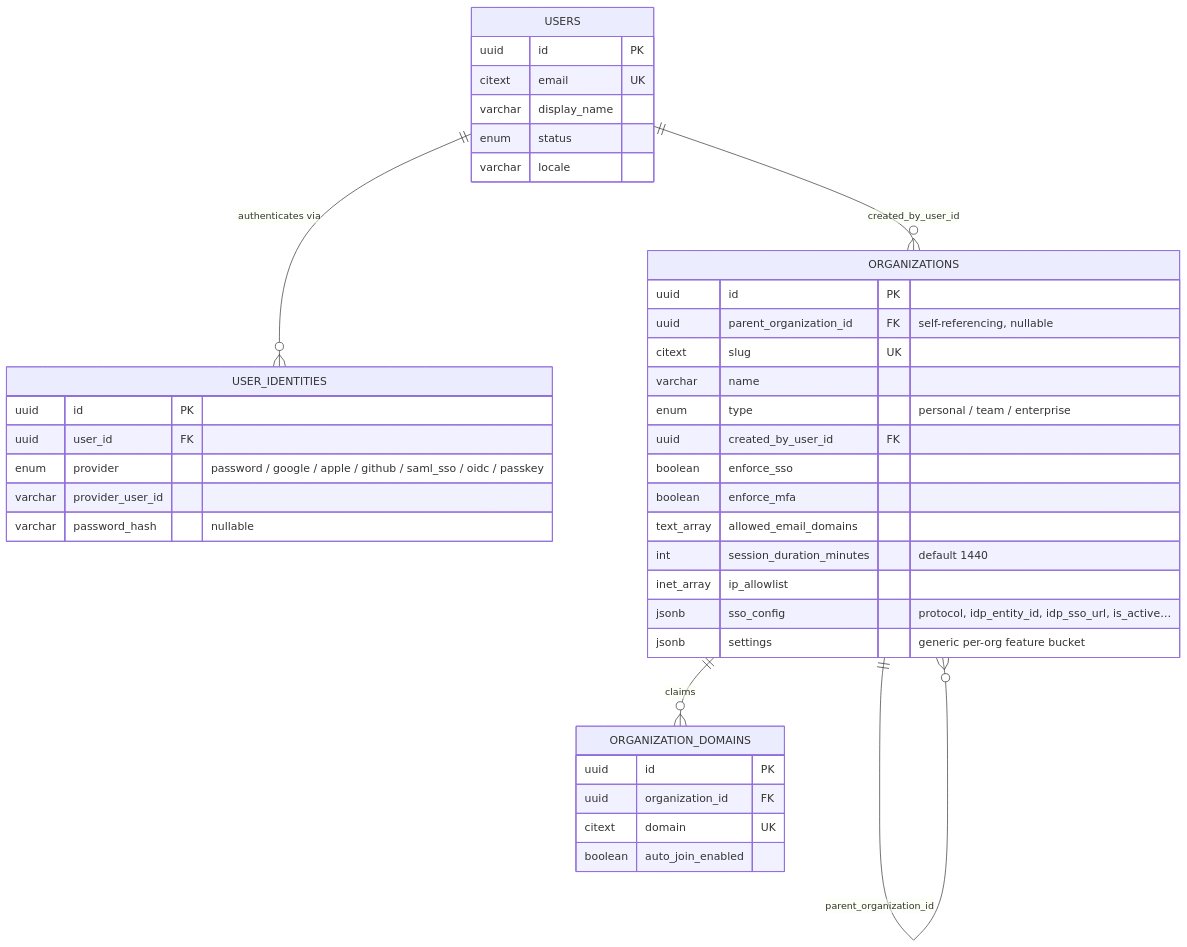
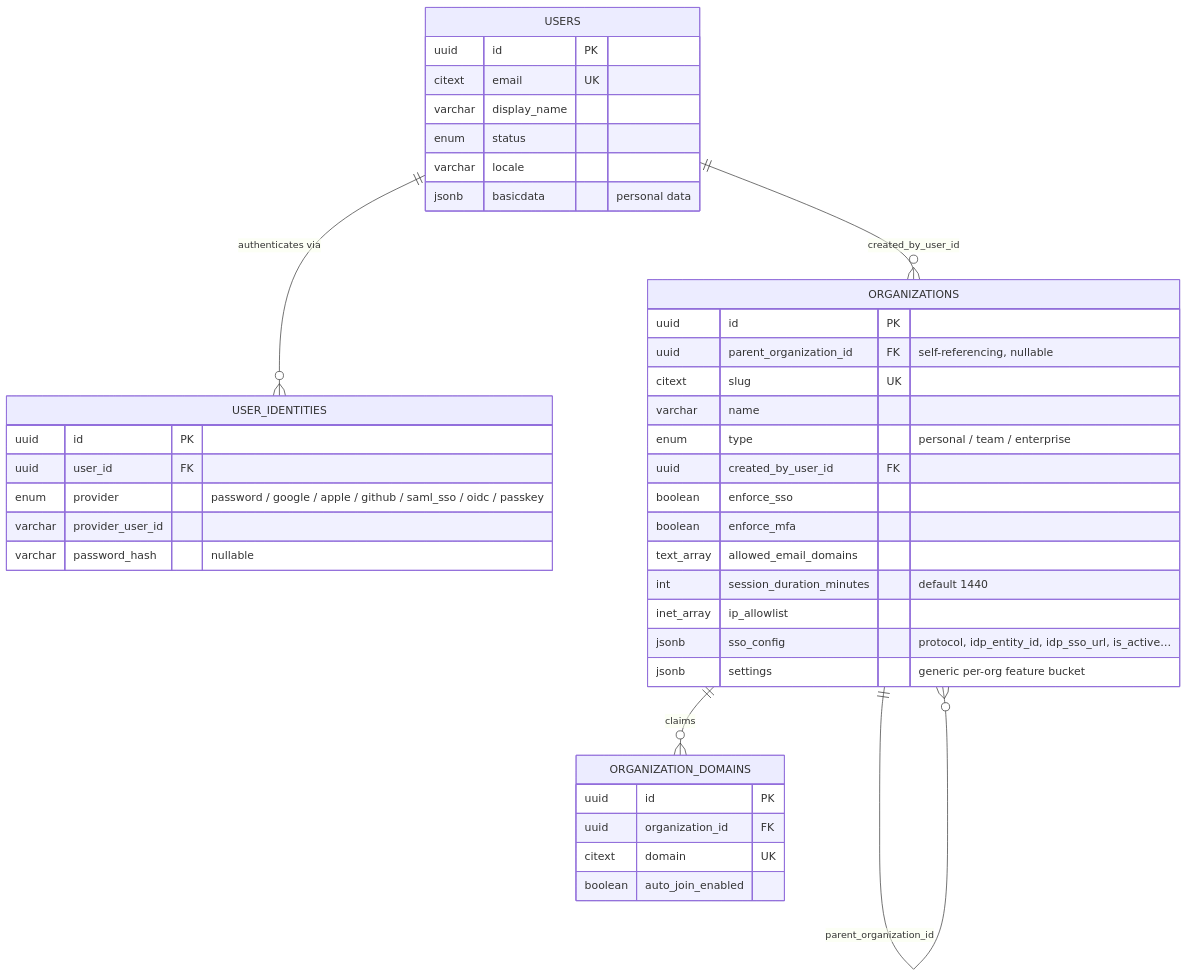
Before and after one commit to fporoli/worktime3: the first of 13 diagrams in docs/DATABASE_SCHEMA.md, drawn with Mermaid. The commit also changed other lines of this file and 5 other files, not shown here.

````diff
--- a/docs/DATABASE_SCHEMA.md
+++ b/docs/DATABASE_SCHEMA.md
@@ -21,43 +24,44 @@
 ```mermaid
 erDiagram
     USERS ||--o{ USER_IDENTITIES : "authenticates via"
     USERS ||--o{ ORGANIZATIONS : "created_by_user_id"
     ORGANIZATIONS ||--o{ ORGANIZATION_DOMAINS : "claims"
     ORGANIZATIONS ||--o{ ORGANIZATIONS : "parent_organization_id"
 
     USERS {
         uuid id PK
         citext email UK
         varchar display_name
         enum status
         varchar locale
+        jsonb basicdata "personal data"
     }
     USER_IDENTITIES {
         uuid id PK
         uuid user_id FK
         enum provider "password / google / apple / github / saml_sso / oidc / passkey"
         varchar provider_user_id
         varchar password_hash "nullable"
     }
     ORGANIZATIONS {
         uuid id PK
         uuid parent_organization_id FK "self-referencing, nullable"
         citext slug UK
         varchar name
         enum type "personal / team / enterprise"
         uuid created_by_user_id FK
         boolean enforce_sso
         boolean enforce_mfa
         text_array allowed_email_domains
         int session_duration_minutes "default 1440"
         inet_array ip_allowlist
         jsonb sso_config "protocol, idp_entity_id, idp_sso_url, is_active…"
         jsonb settings "generic per-org feature bucket"
     }
     ORGANIZATION_DOMAINS {
         uuid id PK
         uuid organization_id FK
         citext domain UK
         boolean auto_join_enabled
     }
 ```
````
